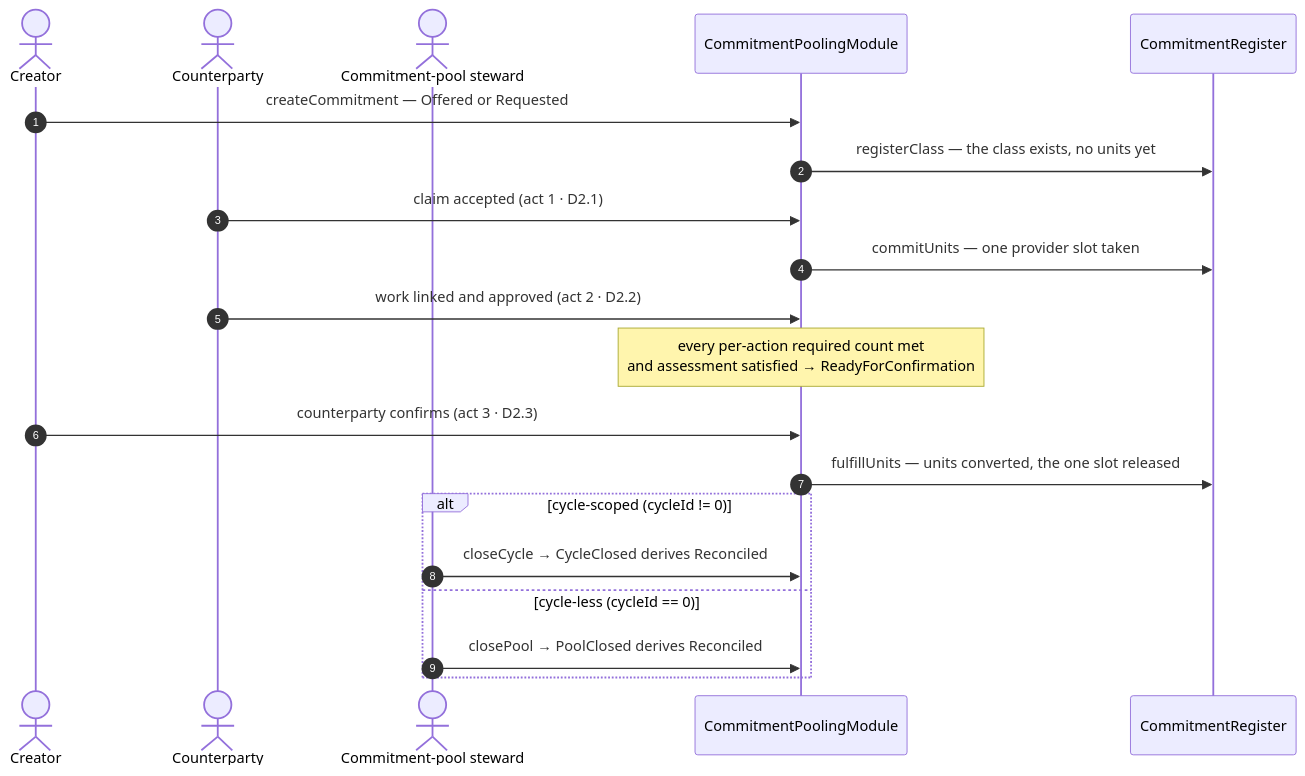
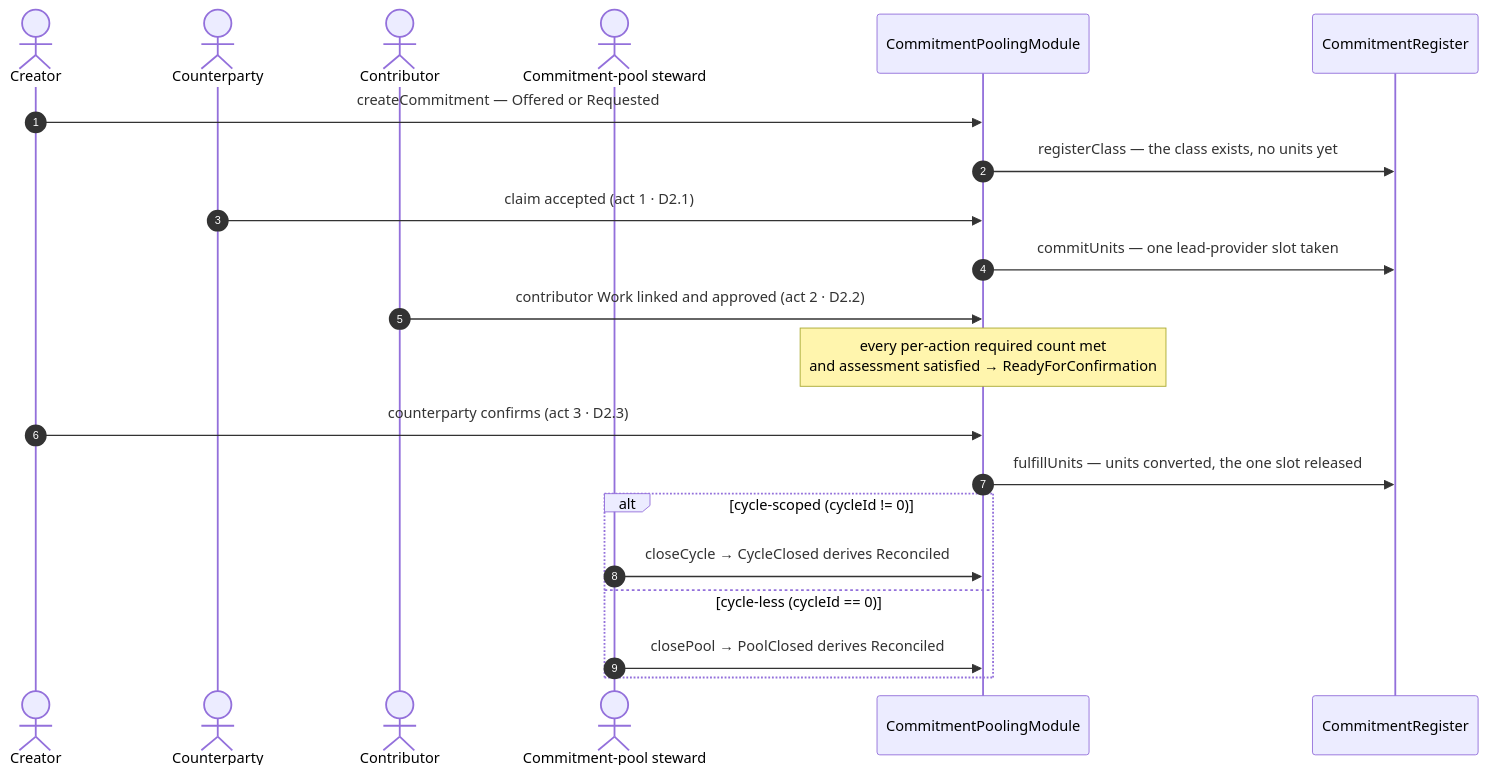
Before and after one commit to greenpill-dev-guild/green-goods: the third of 35 diagrams in .plans/active/commitment-pooling/diagrams.md, drawn with Mermaid. The commit also changed other lines of this file and 40 other files, not shown here.

````diff
--- a/.plans/active/commitment-pooling/diagrams.md
+++ b/.plans/active/commitment-pooling/diagrams.md
@@ -271,23 +272,24 @@
 ```mermaid
 sequenceDiagram
   autonumber
   actor A as Creator
   actor B as Counterparty
+  actor C as Contributor
   actor OP as Commitment-pool steward
   participant M as CommitmentPoolingModule
   participant R as CommitmentRegister
 
   A->>M: createCommitment — Offered or Requested
   M->>R: registerClass — the class exists, no units yet
   B->>M: claim accepted (act 1 · D2.1)
-  M->>R: commitUnits — one provider slot taken
-  B->>M: work linked and approved (act 2 · D2.2)
+  M->>R: commitUnits — one lead-provider slot taken
+  C->>M: contributor Work linked and approved (act 2 · D2.2)
   Note over M: every per-action required count met<br/>and assessment satisfied → ReadyForConfirmation
   A->>M: counterparty confirms (act 3 · D2.3)
   M->>R: fulfillUnits — units converted, the one slot released
   alt cycle-scoped (cycleId != 0)
     OP->>M: closeCycle → CycleClosed derives Reconciled
   else cycle-less (cycleId == 0)
     OP->>M: closePool → PoolClosed derives Reconciled
   end
 ```
````
